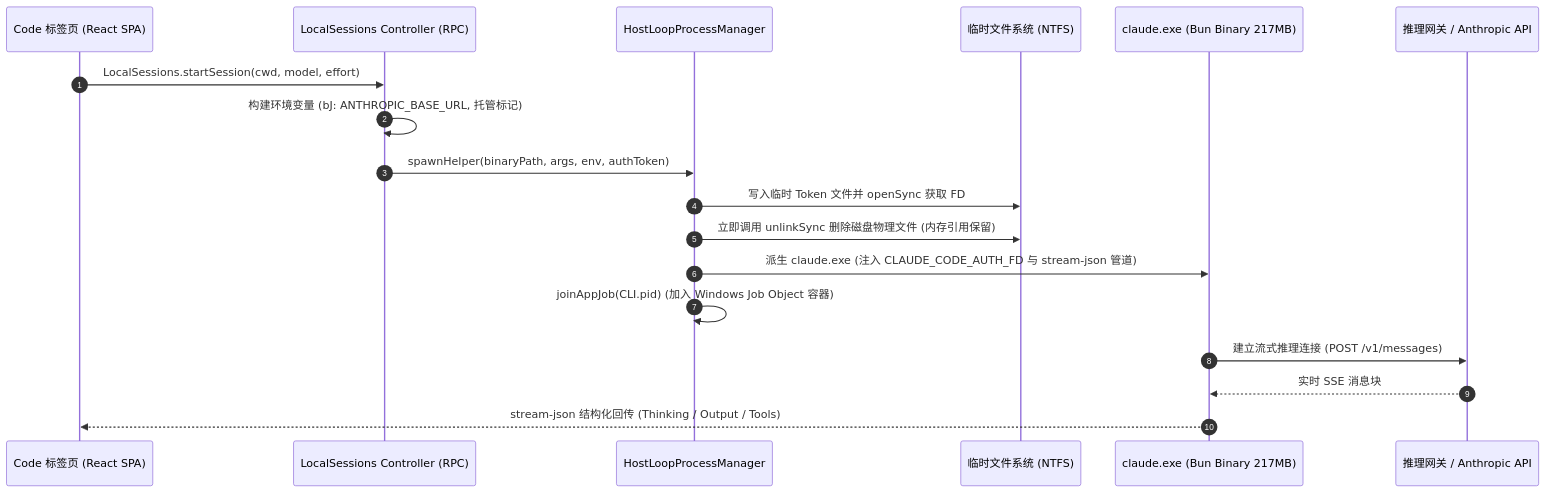
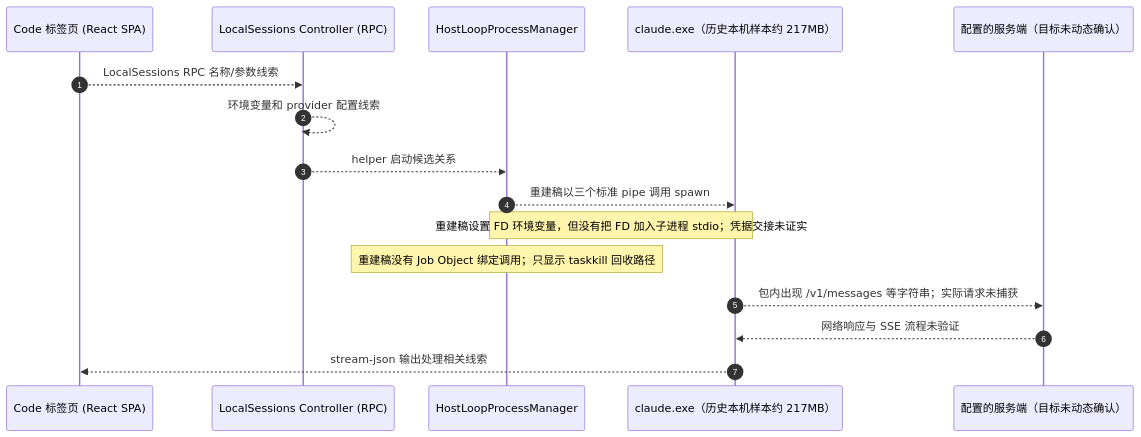
The second of 5 diagrams in claude-desktop-architecture.md (tyloryang/claude-code-desktop-reverse-analyse), drawn with Mermaid before and after one commit. The commit also changed other lines of this file and 17 other files, not shown here.

````diff
--- a/claude-desktop-architecture.md
+++ b/claude-desktop-architecture.md
@@ -863,21 +821,19 @@
 ```mermaid
 sequenceDiagram
     autonumber
     participant UI as Code 标签页 (React SPA)
     participant IPC as LocalSessions Controller (RPC)
     participant HL as HostLoopProcessManager
-    participant FS as 临时文件系统 (NTFS)
-    participant CLI as claude.exe (Bun Binary 217MB)
-    participant API as 推理网关 / Anthropic API
+    participant CLI as claude.exe（历史本机样本约 217MB）
+    participant API as 配置的服务端（目标未动态确认）
 
-    UI->>IPC: LocalSessions.startSession(cwd, model, effort)
-    IPC->>IPC: 构建环境变量 (bJ: ANTHROPIC_BASE_URL, 托管标记)
-    IPC->>HL: spawnHelper(binaryPath, args, env, authToken)
-    HL->>FS: 写入临时 Token 文件并 openSync 获取 FD
-    HL->>FS: 立即调用 unlinkSync 删除磁盘物理文件 (内存引用保留)
-    HL->>CLI: 派生 claude.exe (注入 CLAUDE_CODE_AUTH_FD 与 stream-json 管道)
-    HL->>HL: joinAppJob(CLI.pid) (加入 Windows Job Object 容器)
-    CLI->>API: 建立流式推理连接 (POST /v1/messages)
-    API-->>CLI: 实时 SSE 消息块
-    CLI-->>UI: stream-json 结构化回传 (Thinking / Output / Tools)
+    UI-->>IPC: LocalSessions RPC 名称/参数线索
+    IPC-->>IPC: 环境变量和 provider 配置线索
+    IPC-->>HL: helper 启动候选关系
+    HL-->>CLI: 重建稿以三个标准 pipe 调用 spawn
+    Note over HL,CLI: 重建稿设置 FD 环境变量，但没有把 FD 加入子进程 stdio；凭据交接未证实
+    Note over HL: 重建稿没有 Job Object 绑定调用；只显示 taskkill 回收路径
+    CLI-->>API: 包内出现 /v1/messages 等字符串；实际请求未捕获
+    API-->>CLI: 网络响应与 SSE 流程未验证
+    CLI-->>UI: stream-json 输出处理相关线索
 ```
````
